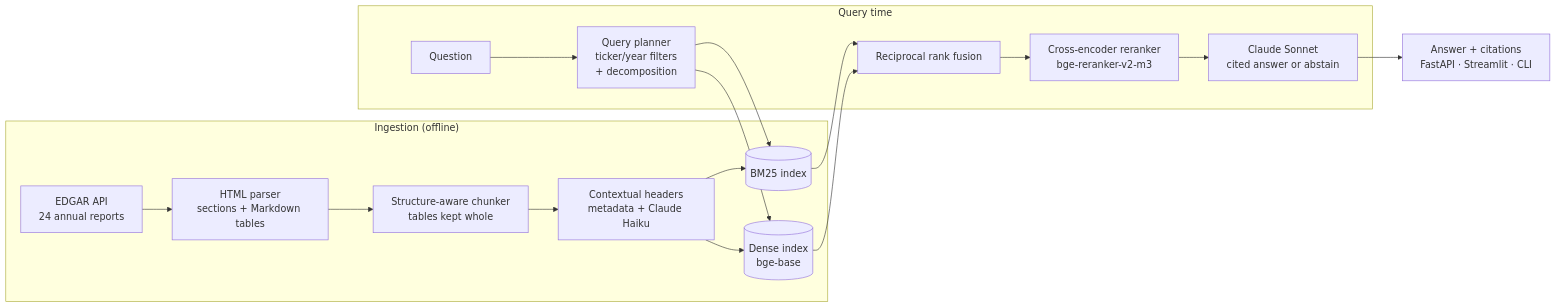
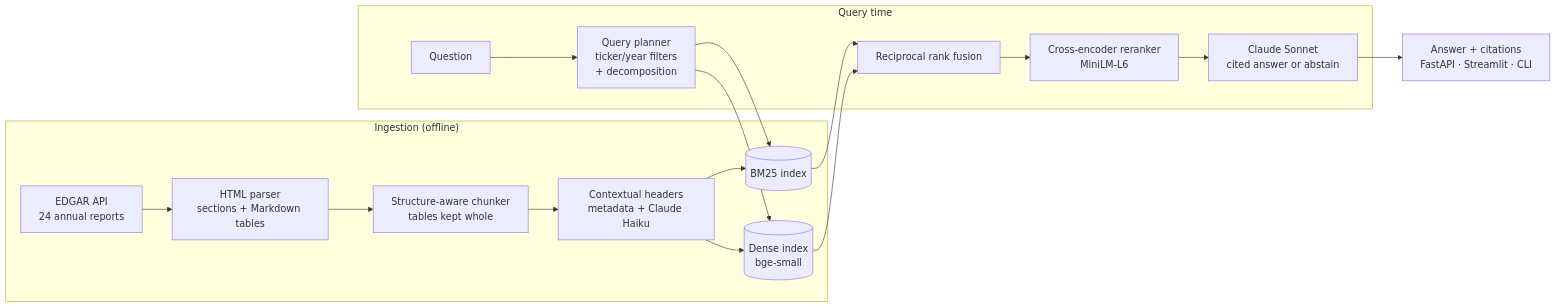
The diagram in README.md (KevinBenass/filings-copilot), drawn with Mermaid before and after one commit. The commit also changed other lines of this file and 2 other files, not shown here.

First line of the commit message:
Size models for a laptop CPU: bge-small embedder, MiniLM-L6 reranker

````diff
--- a/README.md
+++ b/README.md
@@ -13,18 +13,18 @@
 ```mermaid
 flowchart LR
     subgraph Ingest["Ingestion (offline)"]
         A[EDGAR API<br/>24 annual reports] --> B[HTML parser<br/>sections + Markdown tables]
         B --> C[Structure-aware chunker<br/>tables kept whole]
         C --> D[Contextual headers<br/>metadata + Claude Haiku]
         D --> E[(BM25 index)]
-        D --> F[(Dense index<br/>bge-base)]
+        D --> F[(Dense index<br/>bge-small)]
     end
     subgraph Query["Query time"]
         Q[Question] --> P[Query planner<br/>ticker/year filters<br/>+ decomposition]
         P --> E & F
         E & F --> R[Reciprocal rank fusion]
-        R --> X[Cross-encoder reranker<br/>bge-reranker-v2-m3]
+        R --> X[Cross-encoder reranker<br/>MiniLM-L6]
         X --> G[Claude Sonnet<br/>cited answer or abstain]
     end
     G --> O[Answer + citations<br/>FastAPI · Streamlit · CLI]
 ```
````
